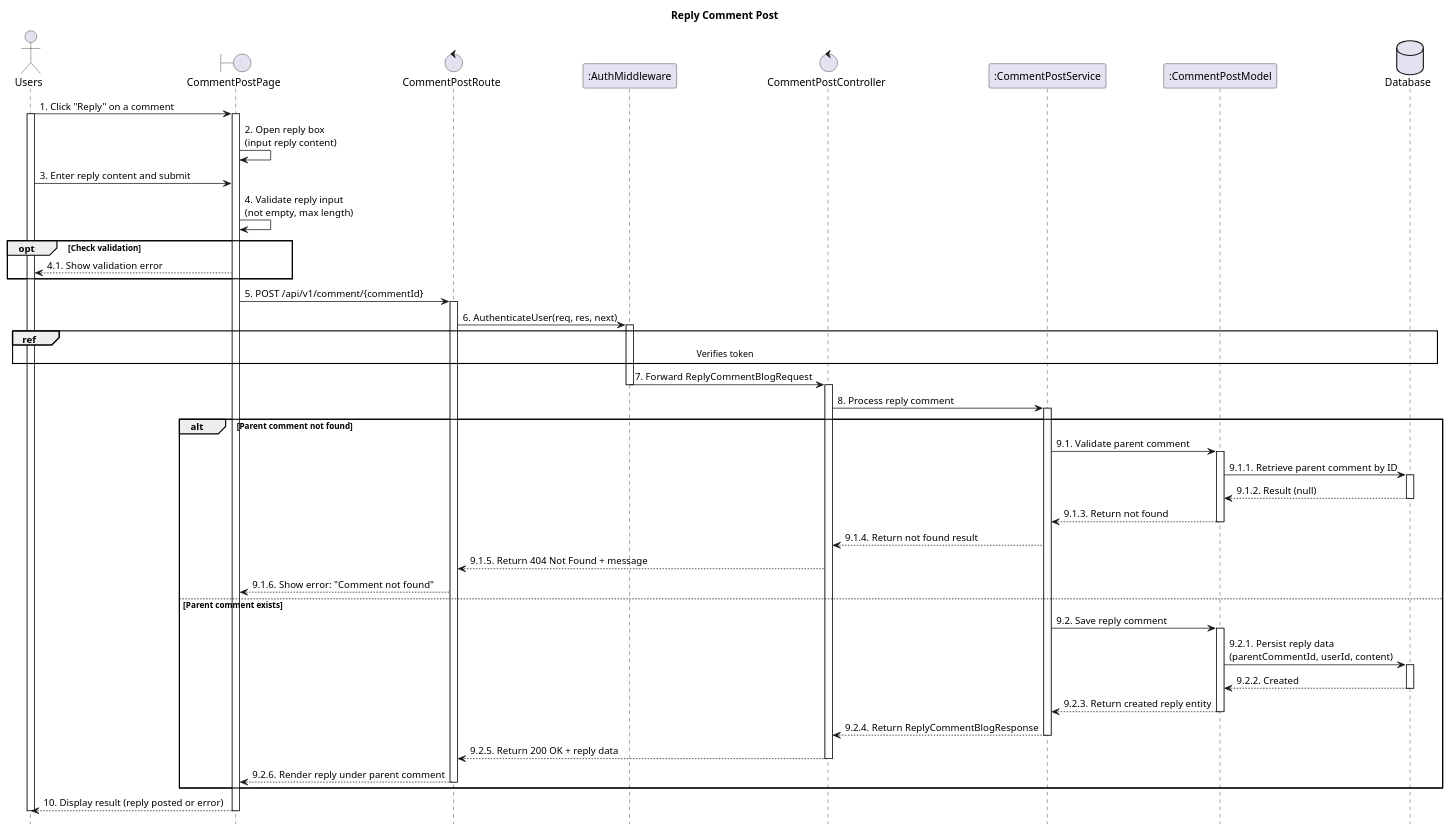
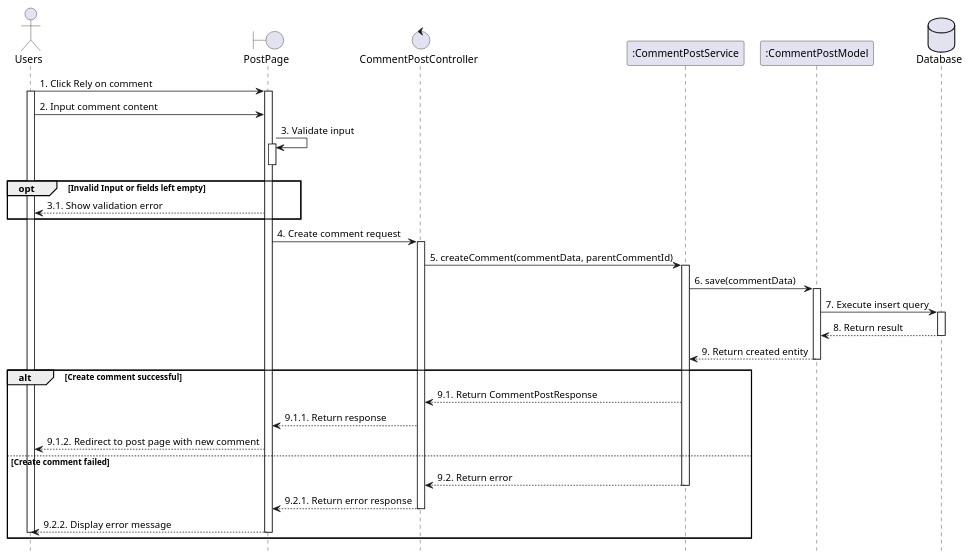
One commit to VietDurian/VietDurian changed the diagram in planuml/web/61_relyCommentPost.puml. Above: the diagram before and after it, drawn with PlantUML. The commit also changed 33 other files, not shown here.

```diff
--- a/planuml/web/61_relyCommentPost.puml
+++ b/planuml/web/61_relyCommentPost.puml
@@ -1,77 +1,52 @@
-@startuml 16.5_replyCommentBlog
+@startuml 16.1_createCommentBlog
 hide footbox
-title Reply Comment Post
-
 actor User as "Users"
-boundary CommentPostPage as View
-control CommentPostRoute as Route
-participant ":AuthMiddleware" as Middleware
+boundary PostPage as View
 control "CommentPostController" as Controller
 participant ":CommentPostService" as Service
 participant ":CommentPostModel" as Model
 database Database as Database
 
-User -> View : 1. Click "Reply" on a comment
+
+User -> View : 1. Click Rely on comment
 activate View
 activate User
-View -> View : 2. Open reply box\n(input reply content)
+User -> View : 2. Input comment content
+View -> View : 3. Validate input
+activate View
+deactivate View
 
-User -> View : 3. Enter reply content and submit
-View -> View : 4. Validate reply input\n(not empty, max length)
-
-opt Check validation
-    View --> User : 4.1. Show validation error
+opt Invalid Input or fields left empty
+    View --> User : 3.1. Show validation error
 end
 
-    View -> Route : 5. POST /api/v1/comment/{commentId}
-    activate Route
-
-    Route -> Middleware : 6. AuthenticateUser(req, res, next)
-    activate Middleware
-    ref over User, Database : Verifies token
-    Middleware -> Controller : 7. Forward ReplyCommentBlogRequest
-    deactivate Middleware
+    View -> Controller : 4. Create comment request
     activate Controller
 
-    Controller -> Service : 8. Process reply comment
+    Controller -> Service : 5. createComment(commentData, parentCommentId)
     activate Service
-
-alt Parent comment not found
-    Service -> Model : 9.1. Validate parent comment
-    activate Model
-
-    Model -> Database : 9.1.1. Retrieve parent comment by ID
-    activate Database
-    Database --> Model : 9.1.2. Result (null)
-    deactivate Database
-
-    Model --> Service : 9.1.3. Return not found
-    deactivate Model
-
-        Service --> Controller : 9.1.4. Return not found result
-        Controller --> Route : 9.1.5. Return 404 Not Found + message
-        Route --> View : 9.1.6. Show error: "Comment not found"
-else Parent comment exists
-        Service -> Model : 9.2. Save reply comment
+        Service -> Model : 6. save(commentData)
         activate Model
 
-        Model -> Database : 9.2.1. Persist reply data\n(parentCommentId, userId, content)
+        Model -> Database : 7. Execute insert query
         activate Database
-        Database --> Model : 9.2.2. Created
+        Database --> Model : 8. Return result
         deactivate Database
 
-        Model --> Service : 9.2.3. Return created reply entity
+        Model --> Service : 9. Return created entity
         deactivate Model
 
-        Service --> Controller : 9.2.4. Return ReplyCommentBlogResponse
+alt Create comment successful
+        Service --> Controller : 9.1. Return CommentPostResponse
+        Controller --> View : 9.1.1. Return response
+        View --> User : 9.1.2. Redirect to post page with new comment
+else Create comment failed
+        Service --> Controller : 9.2. Return error
         deactivate Service
-        Controller --> Route : 9.2.5. Return 200 OK + reply data
+        Controller --> View : 9.2.1. Return error response
         deactivate Controller
-        Route --> View : 9.2.6. Render reply under parent comment
-        deactivate Route
+        View --> User : 9.2.2. Display error message
+        deactivate View
+        deactivate User
 end
-
-View --> User : 10. Display result (reply posted or error)
-deactivate View
-deactivate User
 @enduml
```
